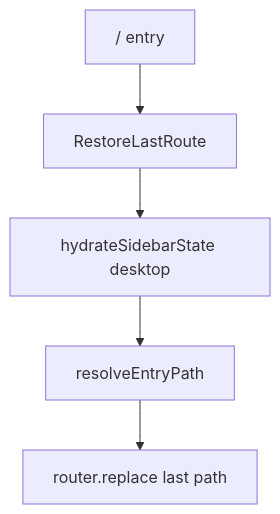
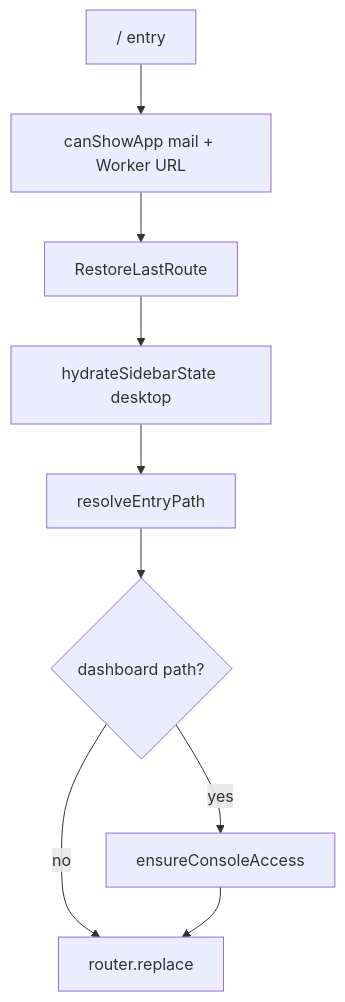
Before and after one commit to gssisaac/relaybase: the diagram in docs/last-route-restore.md, drawn with Mermaid. The commit also changed other lines of this file and 67 other files, not shown here.

First line of the commit message:
Gate console dashboard behind Touch ID and scoped owner tokens.

````diff
--- a/docs/last-route-restore.md
+++ b/docs/last-route-restore.md
@@ -86,7 +86,11 @@
 ```mermaid
 flowchart TD
-  entry["/ entry"] --> restore["RestoreLastRoute"]
+  entry["/ entry"] --> ready["canShowApp mail + Worker URL"]
+  ready --> restore["RestoreLastRoute"]
   restore --> hydrate["hydrateSidebarState desktop"]
   hydrate --> resolve["resolveEntryPath"]
-  resolve --> navigate["router.replace last path"]
+  resolve --> dash{dashboard path?}
+  dash -->|yes| gate["ensureConsoleAccess"]
+  dash -->|no| navigate["router.replace"]
+  gate --> navigate
 ```
````
